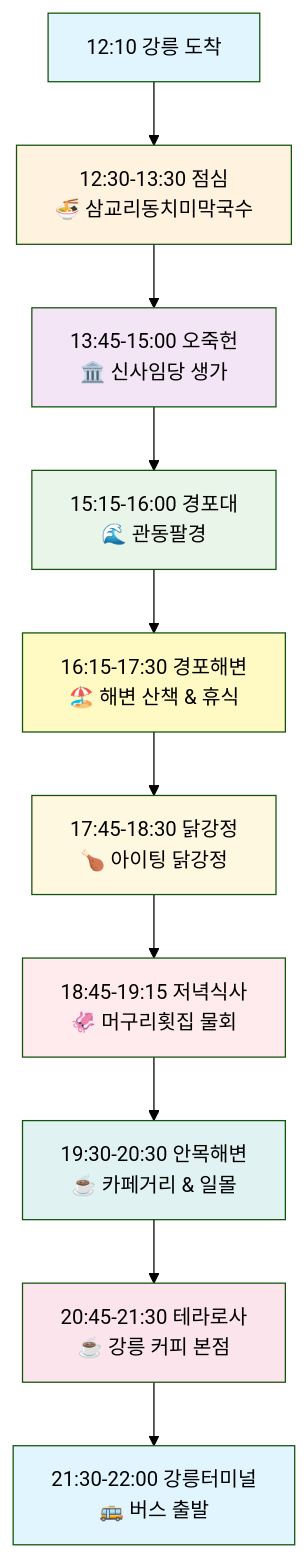
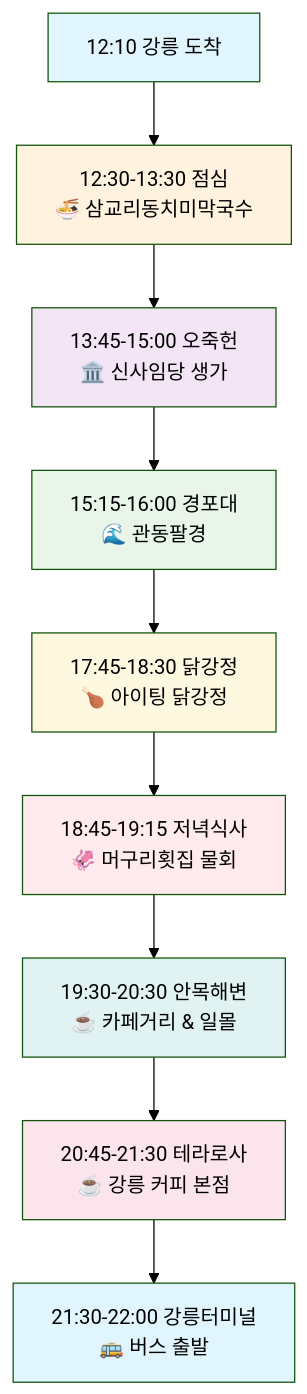
One commit to didghwns0514/matjib_search changed the diagram in README.md. Above: the diagram before and after it, drawn with Mermaid (forest theme). The commit also changed other lines of this file and 1 other file, not shown here.

````diff
--- a/README.md
+++ b/README.md
@@ -49,23 +49,21 @@
 ```mermaid
 graph TD
     A[12:10 강릉 도착] --> B[12:30-13:30 점심<br/>🍜 삼교리동치미막국수]
     B --> C[13:45-15:00 오죽헌<br/>🏛️ 신사임당 생가]
     C --> D[15:15-16:00 경포대<br/>🌊 관동팔경]
-    D --> E[16:15-17:30 경포해변<br/>🏖️ 해변 산책 & 휴식]
-    E --> F[17:45-18:30 닭강정<br/>🍗 아이팅 닭강정]
+    D --> F[17:45-18:30 닭강정<br/>🍗 아이팅 닭강정]
     F --> G[18:45-19:15 저녁식사<br/>🦑 머구리횟집 물회]
     G --> H[19:30-20:30 안목해변<br/>☕ 카페거리 & 일몰]
     H --> I[20:45-21:30 테라로사<br/>☕ 강릉 커피 본점]
     I --> J[21:30-22:00 강릉터미널<br/>🚌 버스 출발]
 
     style A fill:#e1f5fe
     style B fill:#fff3e0
     style C fill:#f3e5f5
     style D fill:#e8f5e8
-    style E fill:#fff9c4
     style F fill:#fff8e1
     style G fill:#ffebee
     style H fill:#e0f2f1
     style I fill:#fce4ec
     style J fill:#e1f5fe
 ```
````
